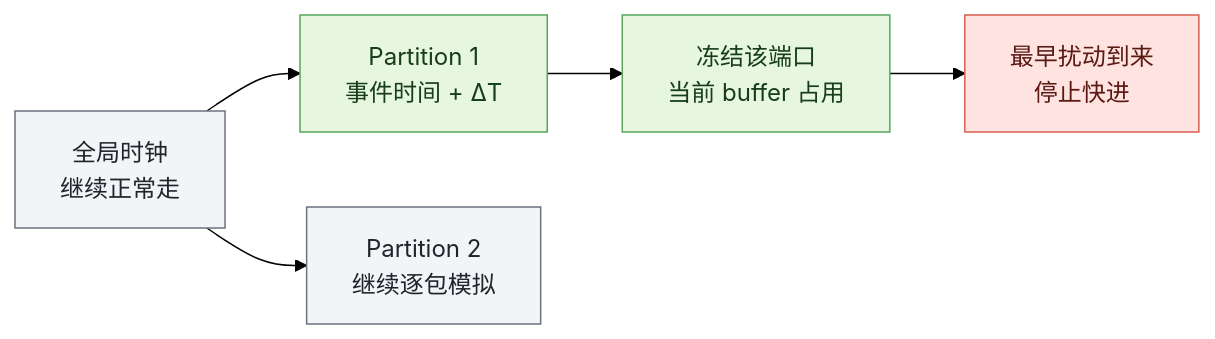
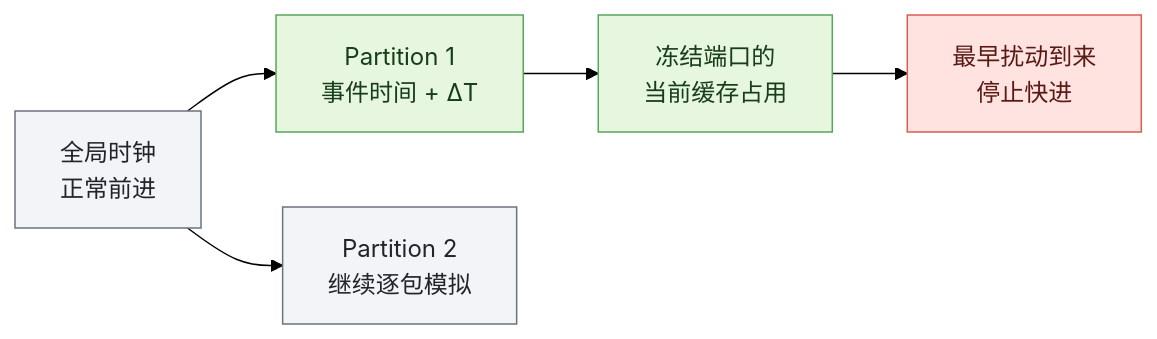
One commit to ccc112233ccc/ccc112233ccc.github.io changed the fourth of 5 diagrams in _posts/2026-08-14-wormhole-memoization-fast-forwarding.md. Above: the diagram before and after it, drawn with Mermaid (forest theme). The commit also changed other lines of this file and 1 other file, not shown here.

````diff
--- a/_posts/2026-08-14-wormhole-memoization-fast-forwarding.md
+++ b/_posts/2026-08-14-wormhole-memoization-fast-forwarding.md
@@ -194,14 +174,14 @@
 ```mermaid
 flowchart LR
-    CLOCK["全局时钟<br/>继续正常走"] --> P1["Partition 1<br/>事件时间 + ΔT"]
+    CLOCK["全局时钟<br/>正常前进"] --> P1["Partition 1<br/>事件时间 + ΔT"]
     CLOCK --> P2["Partition 2<br/>继续逐包模拟"]
-    P1 --> HOLD["冻结该端口<br/>当前 buffer 占用"]
+    P1 --> HOLD["冻结端口的<br/>当前缓存占用"]
     HOLD --> ALARM["最早扰动到来<br/>停止快进"]
 
     classDef base fill:#f2f4f7,stroke:#6b7280,color:#20252b;
     classDef stable fill:#e6f6df,stroke:#58a55c,color:#173d1a;
     classDef interrupt fill:#ffe3e0,stroke:#d95d50,color:#5b1914;
     class CLOCK,P2 base;
     class P1,HOLD stable;
     class ALARM interrupt;
 ```
````
